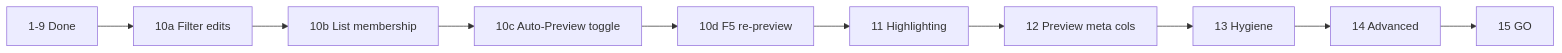
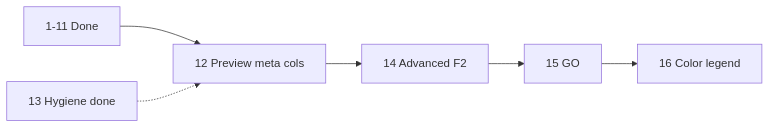
One commit to davidohana/finebytes changed the diagram in docs/plans/rename-list-ui.plan.md. Above: the diagram before and after it, drawn with Mermaid. The commit also changed other lines of this file and 1 other file, not shown here.

First line of the commit message:
refactor: update Rename List UI plan and documentation

````diff
--- a/docs/plans/rename-list-ui.plan.md
+++ b/docs/plans/rename-list-ui.plan.md
@@ -118,14 +121,12 @@
 ```mermaid
 flowchart LR
-  P1_9[1-9 Done]
-  P10a[10a Filter edits]
-  P10b[10b List membership]
-  P10c[10c Auto-Preview toggle]
-  P10d[10d F5 re-preview]
-  P11[11 Highlighting]
+  P1_11[1-11 Done]
   P12[12 Preview meta cols]
-  P13[13 Hygiene]
-  P14[14 Advanced]
+  P13[13 Hygiene done]
+  P14[14 Advanced F2]
   P15[15 GO]
-  P1_9 --> P10a --> P10b --> P10c --> P10d --> P11 --> P12 --> P13 --> P14 --> P15
+  P16[16 Color legend]
+  P1_11 --> P12
+  P13 -.-> P12
+  P12 --> P14 --> P15 --> P16
 ```
````
